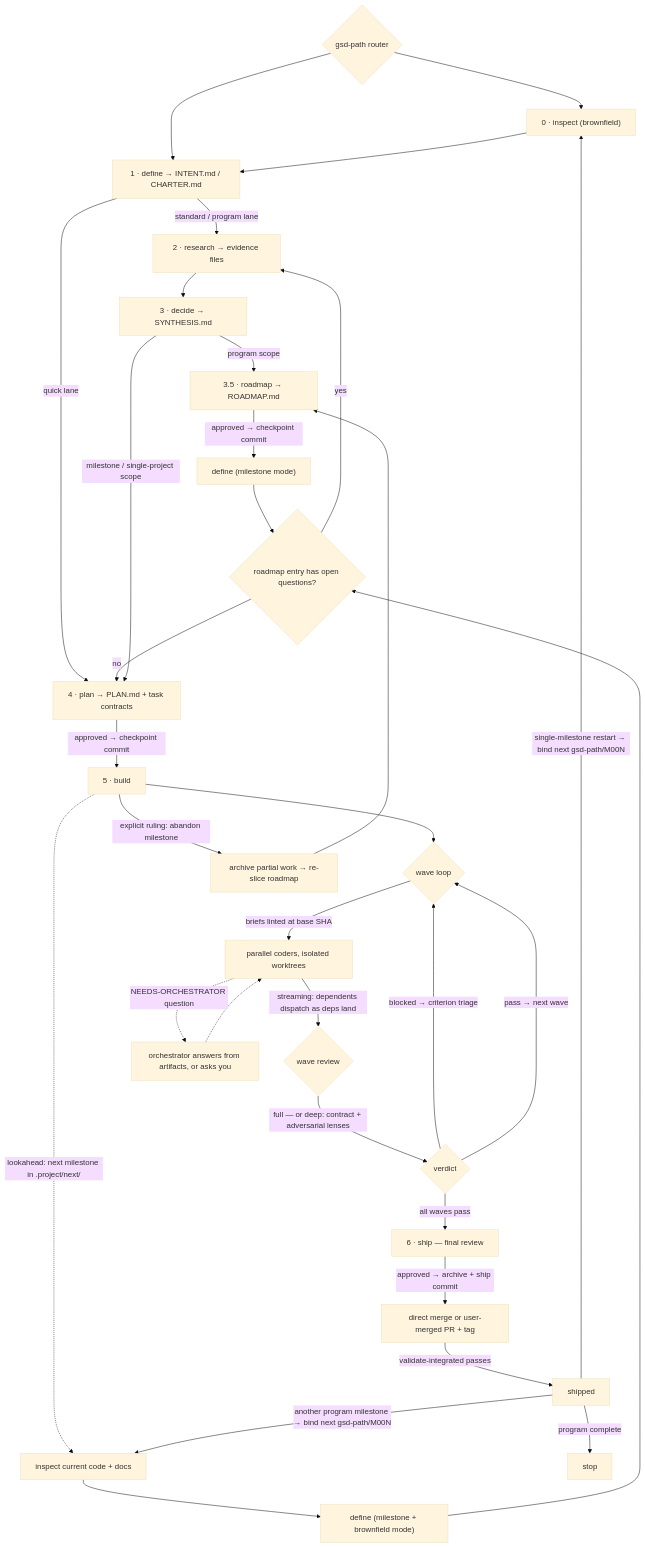
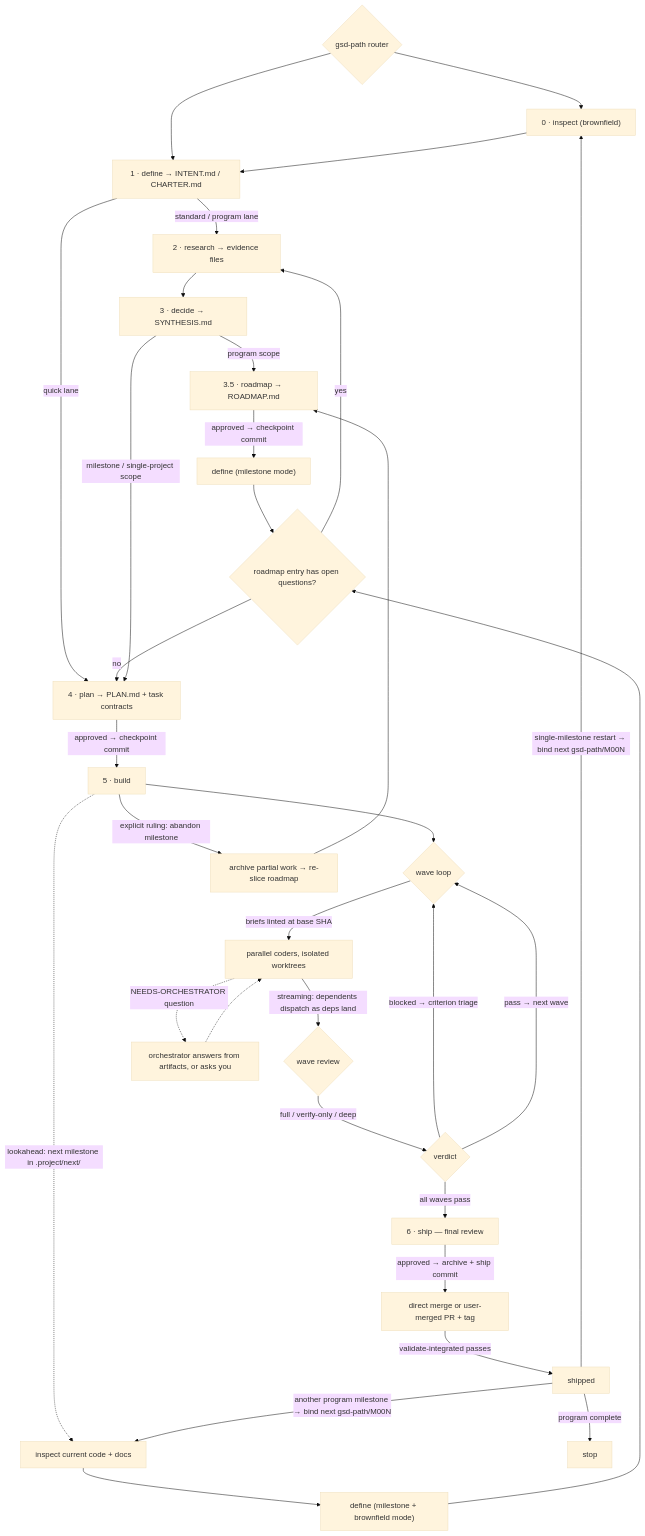
One commit to open-gsd/gsd-path changed the diagram in README.md. Above: the diagram before and after it, drawn with Mermaid (base theme). The commit also changed other lines of this file and 7 other files, not shown here.

````diff
--- a/README.md
+++ b/README.md
@@ -77,35 +187,35 @@
 ```mermaid
 flowchart TD
     R{"gsd-path router"} --> I["0 · inspect (brownfield)"]
     R --> D["1 · define → INTENT.md / CHARTER.md"]
     I --> D
     D -->|"standard / program lane"| RE["2 · research → evidence files"]
     D -->|"quick lane"| P
     RE --> DE["3 · decide → SYNTHESIS.md"]
     DE -->|"program scope"| RM["3.5 · roadmap → ROADMAP.md"]
     RM -->|"approved → checkpoint commit"| DM["define (milestone mode)"]
     DM --> MQ{"roadmap entry has open questions?"}
     MQ -->|"yes"| RE
     MQ -->|"no"| P["4 · plan → PLAN.md + task contracts"]
     DE -->|"milestone / single-project scope"| P
     P -->|"approved → checkpoint commit"| B["5 · build"]
     B --> W{"wave loop"}
     W -->|"briefs linted at base SHA"| C["parallel coders, isolated worktrees"]
     C -->|"streaming: dependents dispatch as deps land"| V{"wave review"}
-    V -->|"full — or deep: contract + adversarial lenses"| F{"verdict"}
+    V -->|"full / verify-only / deep"| F{"verdict"}
     F -->|"blocked → criterion triage"| W
     F -->|"pass → next wave"| W
     F -->|"all waves pass"| S["6 · ship — final review"]
     C -.->|"NEEDS-ORCHESTRATOR question"| O["orchestrator answers from artifacts, or asks you"]
     O -.-> C
     B -.->|"lookahead: next milestone in .project/next/"| MI["inspect current code + docs"]
     MI --> MB["define (milestone + brownfield mode)"]
     MB --> MQ
     B -->|"explicit ruling: abandon milestone"| AB["archive partial work → re-slice roadmap"]
     AB --> RM
     S -->|"approved → archive + ship commit"| MG["direct merge or user-merged PR + tag"]
     MG -->|"validate-integrated passes"| A["shipped"]
     A -->|"another program milestone → bind next gsd-path/M00N"| MI
     A -->|"single-milestone restart → bind next gsd-path/M00N"| I
     A -->|"program complete"| PC["stop"]
 ```
````
